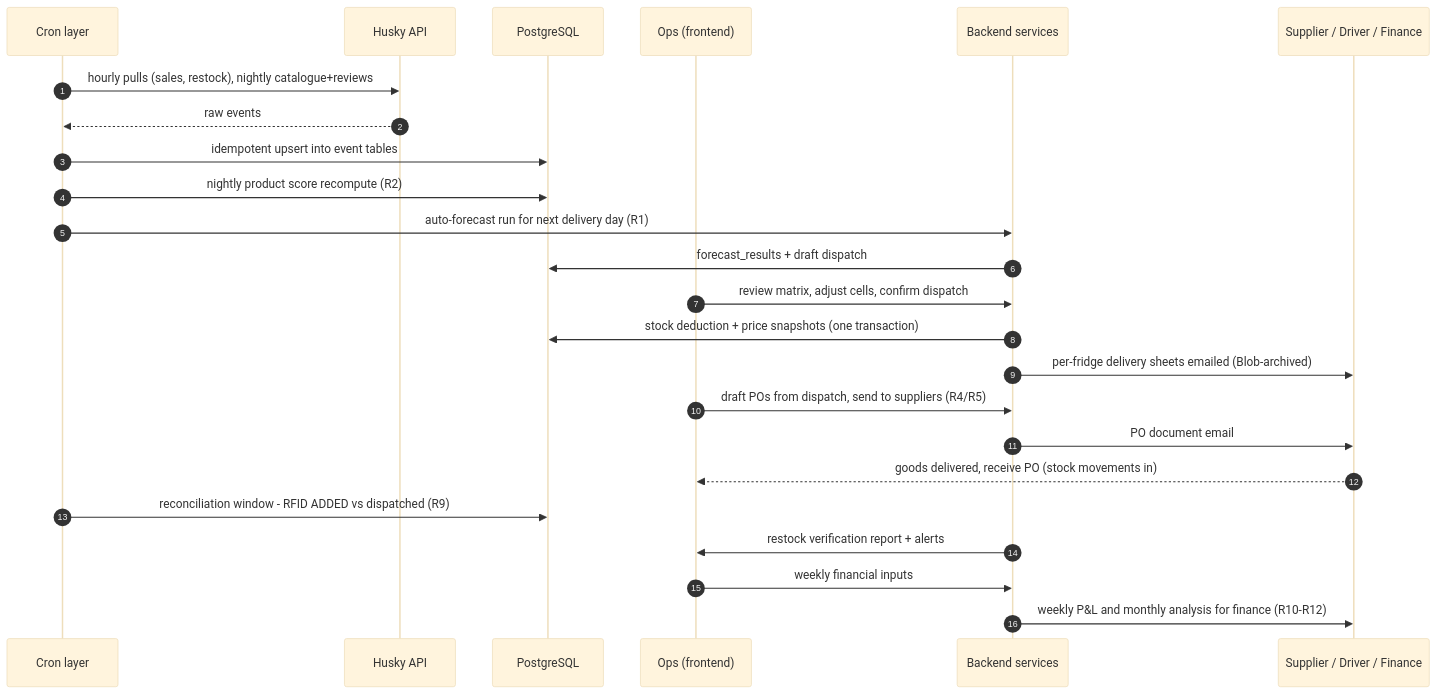
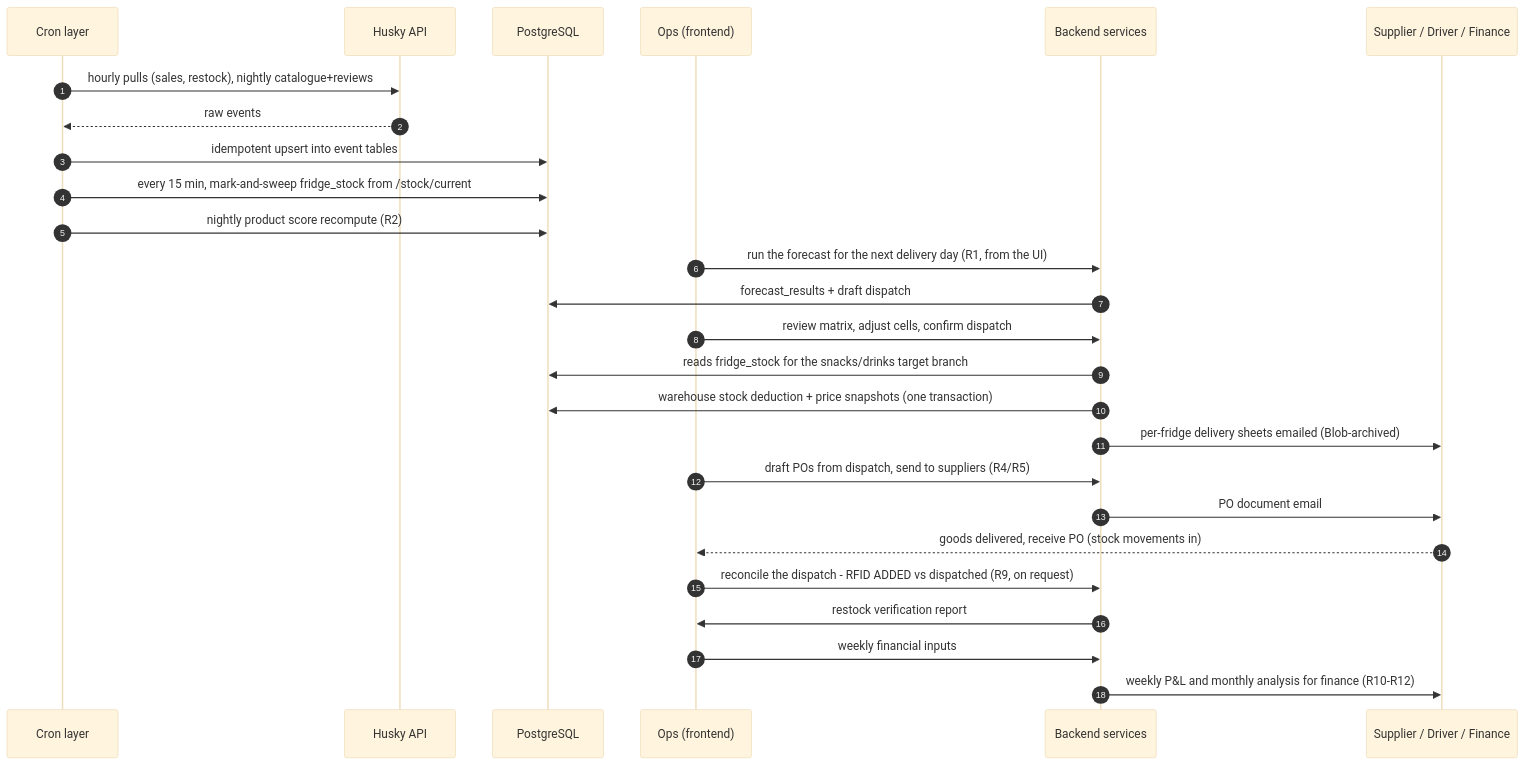
The second of 2 diagrams in architecture/system-overview.md (1504168/frigoloco-web), drawn with Mermaid (base theme) before and after one commit. The commit also changed other lines of this file and 27 other files, not shown here.

First line of the commit message:
DB layer: fridge_stock latest-only + extra Husky product fields

````diff
--- a/architecture/system-overview.md
+++ b/architecture/system-overview.md
@@ -126,26 +130,28 @@
 ```mermaid
 sequenceDiagram
     autonumber
     participant CRON as Cron layer
     participant HUSKY as Husky API
     participant DB as PostgreSQL
     participant OPS as Ops (frontend)
     participant BE as Backend services
     participant SUP as Supplier / Driver / Finance
     CRON->>HUSKY: hourly pulls (sales, restock), nightly catalogue+reviews
     HUSKY-->>CRON: raw events
     CRON->>DB: idempotent upsert into event tables
+    CRON->>DB: every 15 min, mark-and-sweep fridge_stock from /stock/current
     CRON->>DB: nightly product score recompute (R2)
-    CRON->>BE: auto-forecast run for next delivery day (R1)
+    OPS->>BE: run the forecast for the next delivery day (R1, from the UI)
     BE->>DB: forecast_results + draft dispatch
     OPS->>BE: review matrix, adjust cells, confirm dispatch
-    BE->>DB: stock deduction + price snapshots (one transaction)
+    BE->>DB: reads fridge_stock for the snacks/drinks target branch
+    BE->>DB: warehouse stock deduction + price snapshots (one transaction)
     BE->>SUP: per-fridge delivery sheets emailed (Blob-archived)
     OPS->>BE: draft POs from dispatch, send to suppliers (R4/R5)
     BE->>SUP: PO document email
     SUP-->>OPS: goods delivered, receive PO (stock movements in)
-    CRON->>DB: reconciliation window - RFID ADDED vs dispatched (R9)
-    BE->>OPS: restock verification report + alerts
+    OPS->>BE: reconcile the dispatch - RFID ADDED vs dispatched (R9, on request)
+    BE->>OPS: restock verification report
     OPS->>BE: weekly financial inputs
     BE->>SUP: weekly P&L and monthly analysis for finance (R10-R12)
 ```
````
